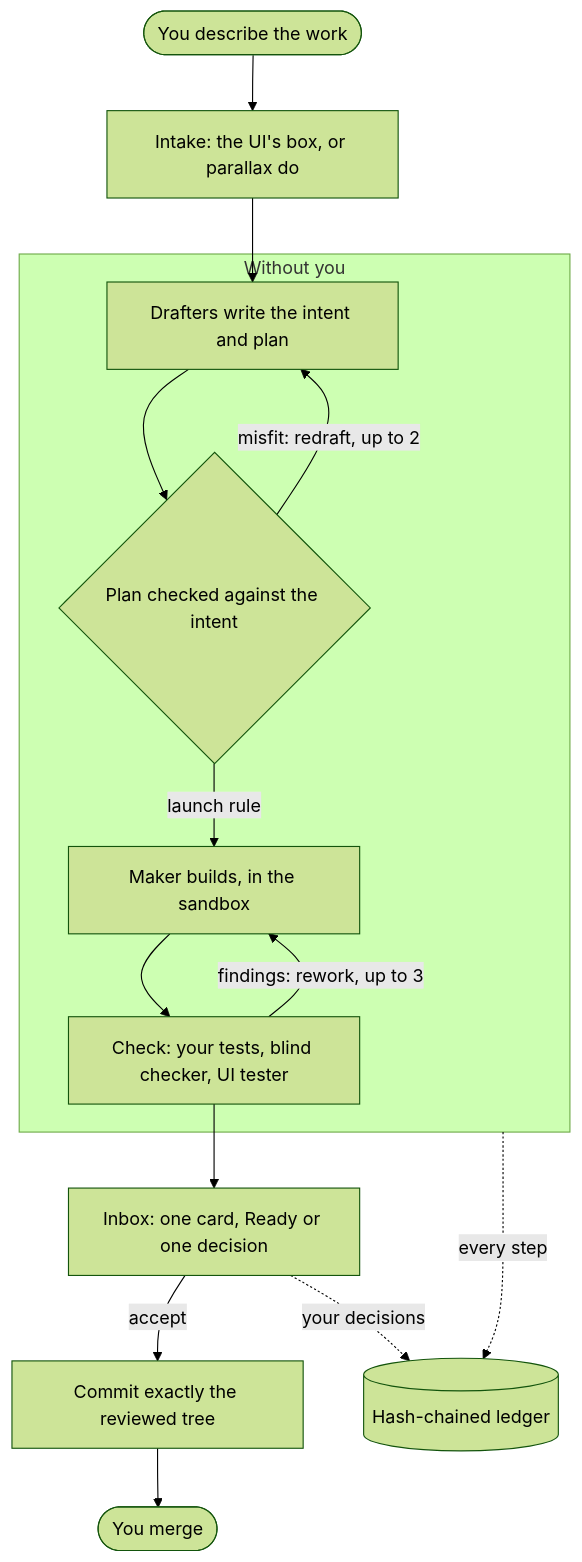
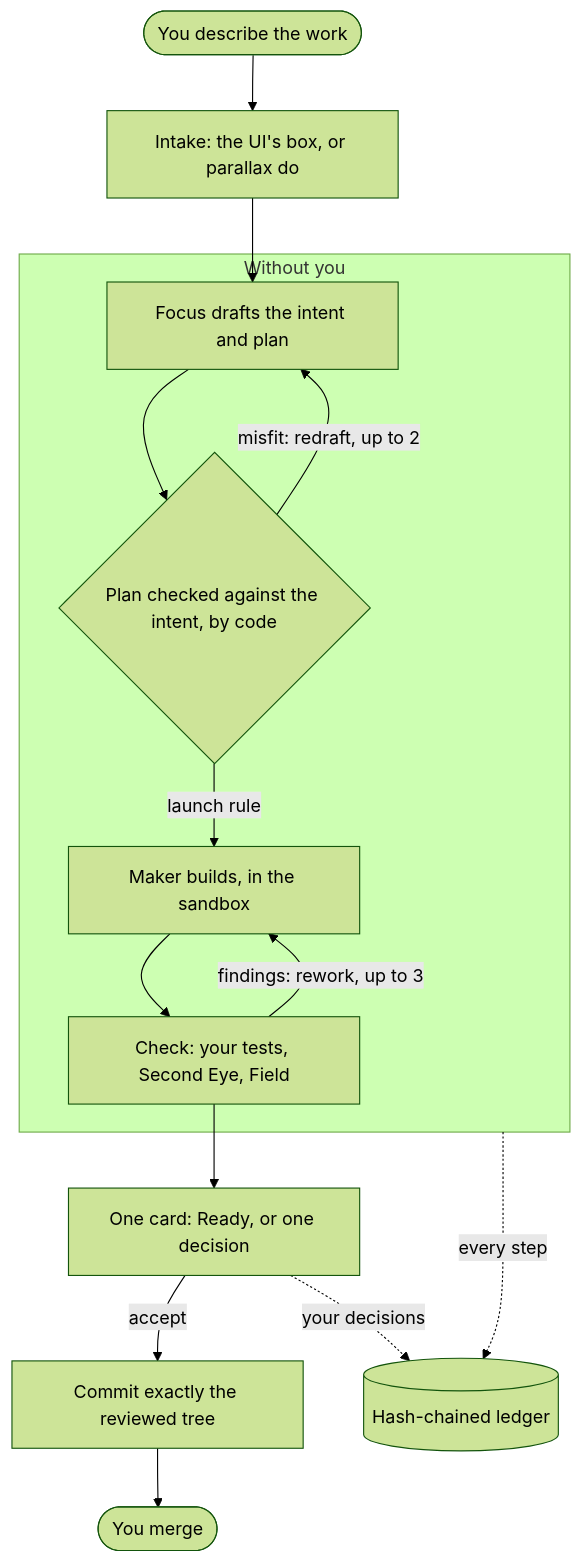
One commit to mpwilso/parallax changed the diagram in README.md. Above: the diagram before and after it, drawn with Mermaid (forest theme). The commit also changed other lines of this file and 39 other files, not shown here.

````diff
--- a/README.md
+++ b/README.md
@@ -15,17 +30,17 @@
 ```mermaid
 flowchart TD
     you([You describe the work]) --> intake[Intake: the UI's box, or parallax do]
-    intake --> drafters
+    intake --> focus
     subgraph without[Without you]
-        drafters[Drafters write the intent and plan] --> fit{Plan checked against the intent}
-        fit -- misfit: redraft, up to 2 --> drafters
+        focus[Focus drafts the intent and plan] --> fit{Plan checked against the intent, by code}
+        fit -- misfit: redraft, up to 2 --> focus
         fit -- launch rule --> maker[Maker builds, in the sandbox]
-        maker --> check[Check: your tests, blind checker, UI tester]
+        maker --> check[Check: your tests, Second Eye, Field]
         check -- findings: rework, up to 3 --> maker
     end
-    check --> inbox[Inbox: one card, Ready or one decision]
+    check --> inbox[One card: Ready, or one decision]
     inbox -- accept --> accept[Commit exactly the reviewed tree]
     accept --> merge([You merge])
     without -. every step .-> ledger[(Hash-chained ledger)]
     inbox -. your decisions .-> ledger
 ```
````
